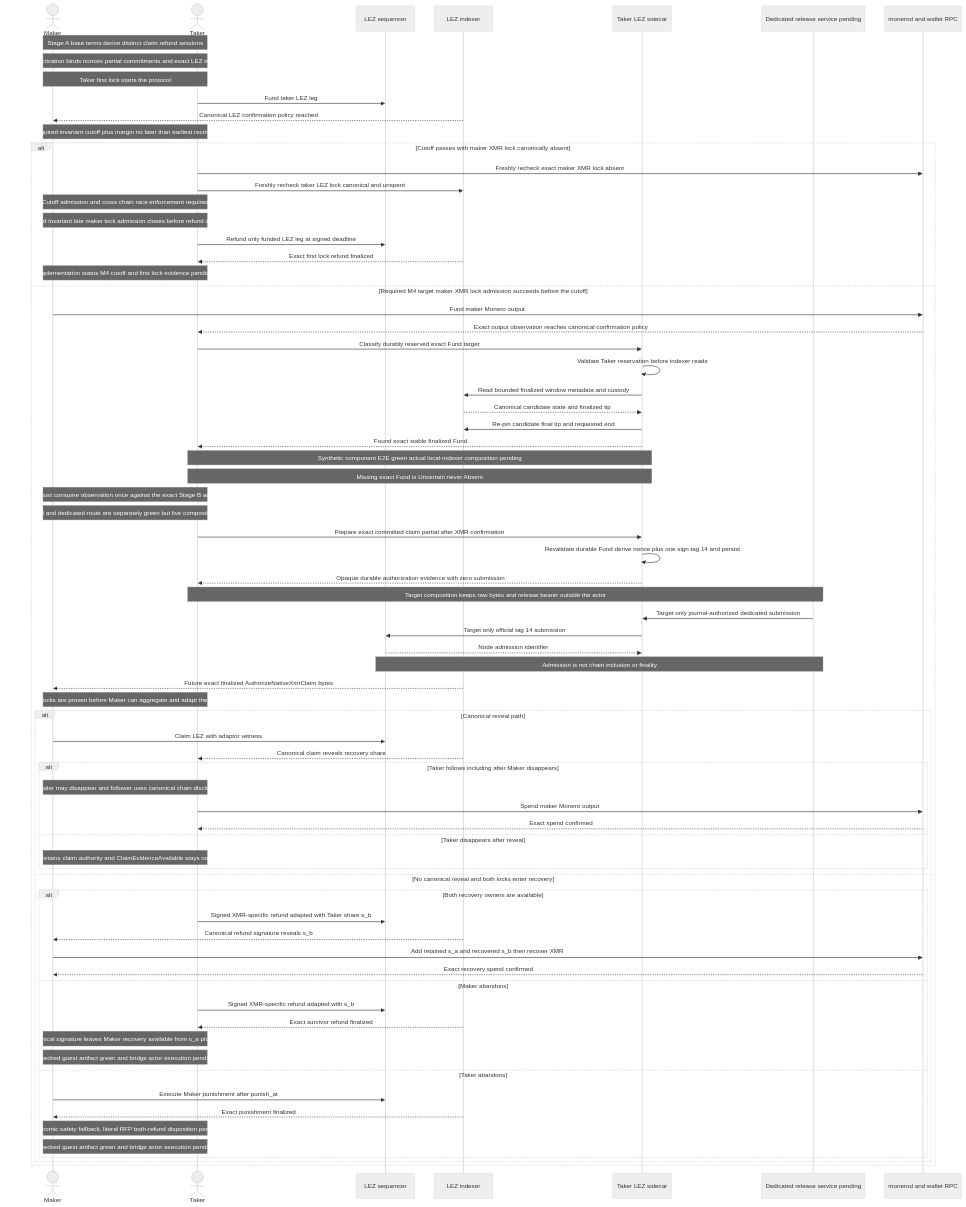
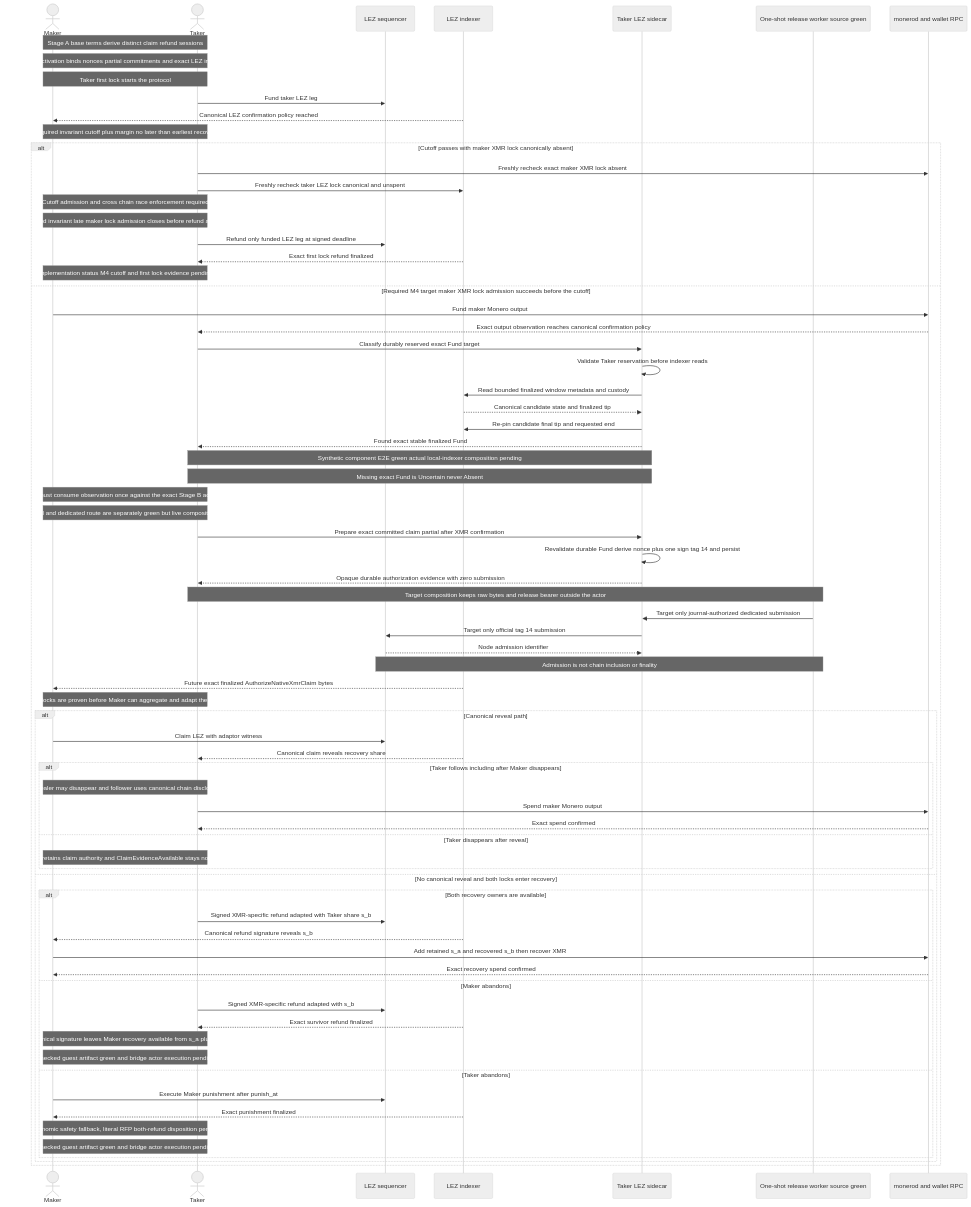
Diagram 23 of 28 in docs/architecture/system-architecture.md (gateway-fm/lez-atomic-swaps), drawn with Mermaid (neutral theme) before and after one commit. The commit also changed other lines of this file and 17 other files, not shown here.

Commit message:
feat(m4): isolate one-shot release worker

````diff
--- a/docs/architecture/system-architecture.md
+++ b/docs/architecture/system-architecture.md
@@ -2287,77 +2290,77 @@
 ```mermaid
 sequenceDiagram
     actor Maker
     actor Taker
     participant LezSeq as LEZ sequencer
     participant LezIdx as LEZ indexer
     participant LezSidecar as Taker LEZ sidecar
-    participant Release as Dedicated release service pending
+    participant Release as One-shot release worker source green
     participant Monero as monerod and wallet RPC
 
     Note over Maker,Taker: Stage A base terms derive distinct claim refund sessions
     Note over Maker,Taker: Stage B activation binds nonces partial commitments and exact LEZ initialization
     Note over Maker,Taker: Taker first lock starts the protocol
     Taker->>LezSeq: Fund taker LEZ leg
     LezIdx-->>Maker: Canonical LEZ confirmation policy reached
     Note over Maker,Taker: Required invariant cutoff plus margin no later than earliest recovery
     alt Cutoff passes with maker XMR lock canonically absent
         Taker->>Monero: Freshly recheck exact maker XMR lock absent
         Taker->>LezIdx: Freshly recheck taker LEZ lock canonical and unspent
         Note over Maker,Taker: Cutoff admission and cross chain race enforcement required
         Note over Maker,Taker: Required invariant late maker lock admission closes before refund authority
         Taker->>LezSeq: Refund only funded LEZ leg at signed deadline
         LezIdx-->>Taker: Exact first lock refund finalized
         Note over Maker,Taker: Implementation status M4 cutoff and first lock evidence pending
     else Required M4 target maker XMR lock admission succeeds before the cutoff
         Maker->>Monero: Fund maker Monero output
         Monero-->>Taker: Exact output observation reaches canonical confirmation policy
         Taker->>LezSidecar: Classify durably reserved exact Fund target
         LezSidecar->>LezSidecar: Validate Taker reservation before indexer reads
         LezSidecar->>LezIdx: Read bounded finalized window metadata and custody
         LezIdx-->>LezSidecar: Canonical candidate state and finalized tip
         LezSidecar->>LezIdx: Re-pin candidate final tip and requested end
         LezSidecar-->>Taker: Found exact stable finalized Fund
         Note over Taker,LezSidecar: Synthetic component E2E green actual local-indexer composition pending
         Note over Taker,LezSidecar: Missing exact Fund is Uncertain never Absent
         Note over Maker,Taker: Taker must consume observation once against the exact Stage B activation
         Note over Maker,Taker: Sealed journal and dedicated route are separately green but live composition is pending
         Taker->>LezSidecar: Prepare exact committed claim partial after XMR confirmation
         LezSidecar->>LezSidecar: Revalidate durable Fund derive nonce plus one sign tag 14 and persist
         LezSidecar-->>Taker: Opaque durable authorization evidence with zero submission
         Note over Taker,Release: Target composition keeps raw bytes and release bearer outside the actor
         Release->>LezSidecar: Target only journal-authorized dedicated submission
         LezSidecar->>LezSeq: Target only official tag 14 submission
         LezSeq-->>LezSidecar: Node admission identifier
         Note over Release,LezSeq: Admission is not chain inclusion or finality
         LezIdx-->>Maker: Future exact finalized AuthorizeNativeXmrClaim bytes
         Note over Maker,Taker: Both locks are proven before Maker can aggregate and adapt the claim
         alt Canonical reveal path
             Maker->>LezSeq: Claim LEZ with adaptor witness
             LezIdx-->>Taker: Canonical claim reveals recovery share
             alt Taker follows including after Maker disappears
                 Note over Maker,Taker: Revealer may disappear and follower uses canonical chain disclosure
                 Taker->>Monero: Spend maker Monero output
                 Monero-->>Taker: Exact spend confirmed
             else Taker disappears after reveal
                 Note over Maker,Taker: Follower retains claim authority and ClaimEvidenceAvailable stays nonterminal
             end
         else No canonical reveal and both locks enter recovery
             alt Both recovery owners are available
                 Taker->>LezSeq: Signed XMR-specific refund adapted with Taker share s_b
                 LezIdx-->>Maker: Canonical refund signature reveals s_b
                 Maker->>Monero: Add retained s_a and recovered s_b then recover XMR
                 Monero-->>Maker: Exact recovery spend confirmed
             else Maker abandons
                 Taker->>LezSeq: Signed XMR-specific refund adapted with s_b
                 LezIdx-->>Taker: Exact survivor refund finalized
                 Note over Maker,Taker: Canonical signature leaves Maker recovery available from s_a plus s_b
                 Note over Maker,Taker: Checked guest artifact green and bridge actor execution pending
             else Taker abandons
                 Maker->>LezSeq: Execute Maker punishment after punish_at
                 LezIdx-->>Maker: Exact punishment finalized
                 Note over Maker,Taker: COMIT economic safety fallback, literal RFP both-refund disposition pending review
                 Note over Maker,Taker: Checked guest artifact green and bridge actor execution pending
             end
         end
     end
 ```
````
